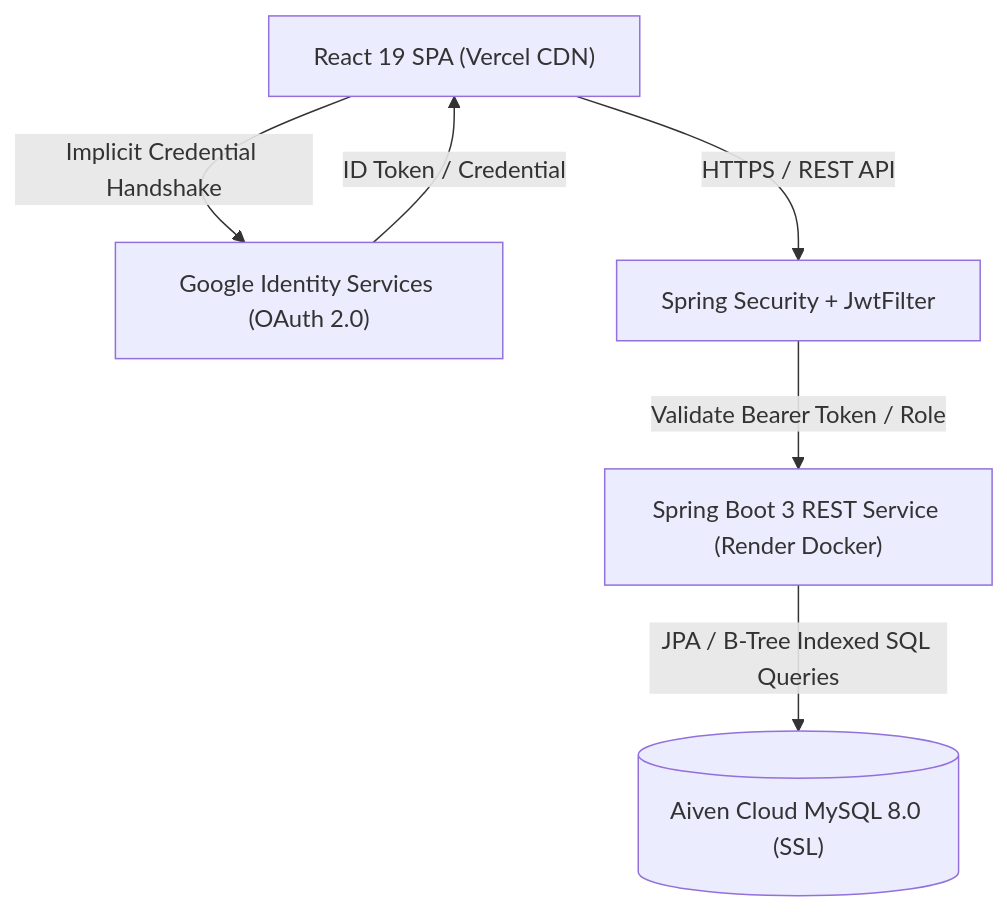
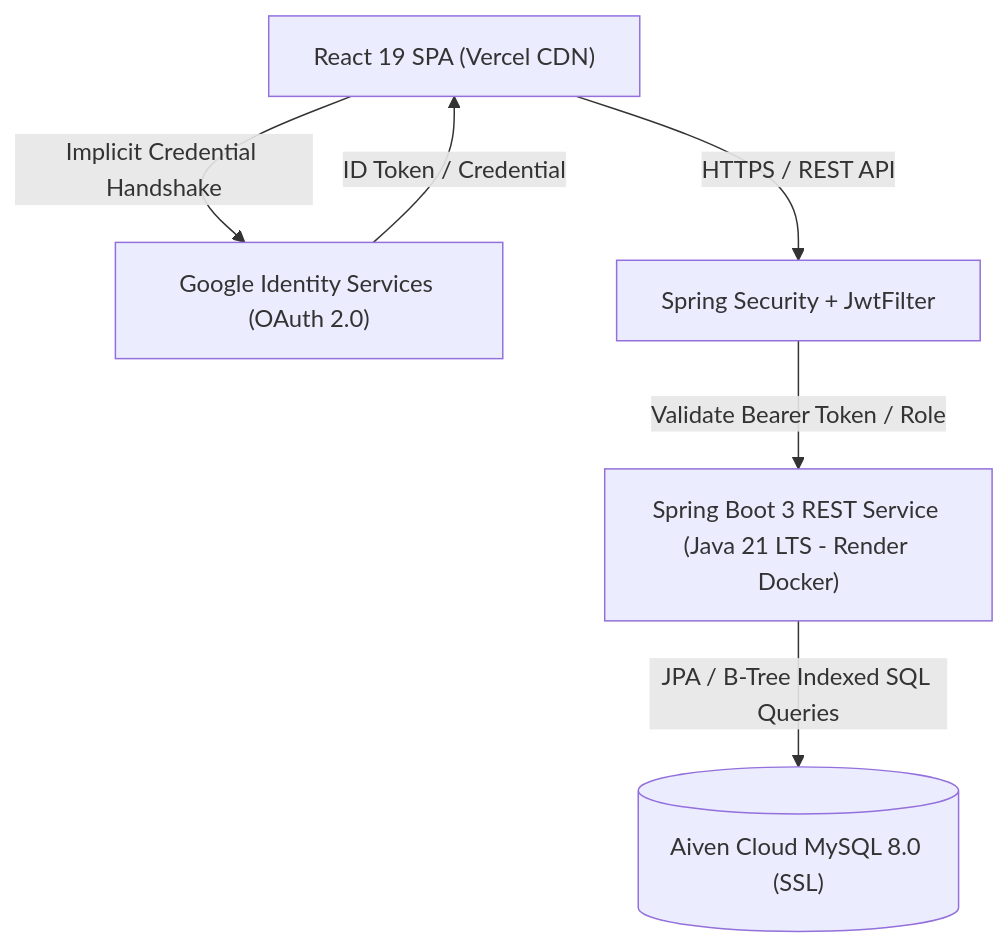
Before and after one commit to Ganesh40292/quiz-app-fullstack: the first of 2 diagrams in README.md, drawn with Mermaid. The commit also changed other lines of this file, not shown here.

Commit message:
docs: update README.md to document Java 21 LTS migration, L9 architecture refactoring, and system upgrades

````diff
--- a/README.md
+++ b/README.md
@@ -51,14 +76,14 @@
 ```mermaid
 graph TD
     Client["React 19 SPA (Vercel CDN)"]
     GSI["Google Identity Services (OAuth 2.0)"]
-    API["Spring Boot 3 REST Service (Render Docker)"]
+    API["Spring Boot 3 REST Service (Java 21 LTS - Render Docker)"]
     Sec["Spring Security + JwtFilter"]
     DB[("Aiven Cloud MySQL 8.0 (SSL)")]
 
     Client -->|HTTPS / REST API| Sec
     Client -->|Implicit Credential Handshake| GSI
     GSI -->|ID Token / Credential| Client
     Sec -->|Validate Bearer Token / Role| API
     API -->|JPA / B-Tree Indexed SQL Queries| DB
 ```
````
